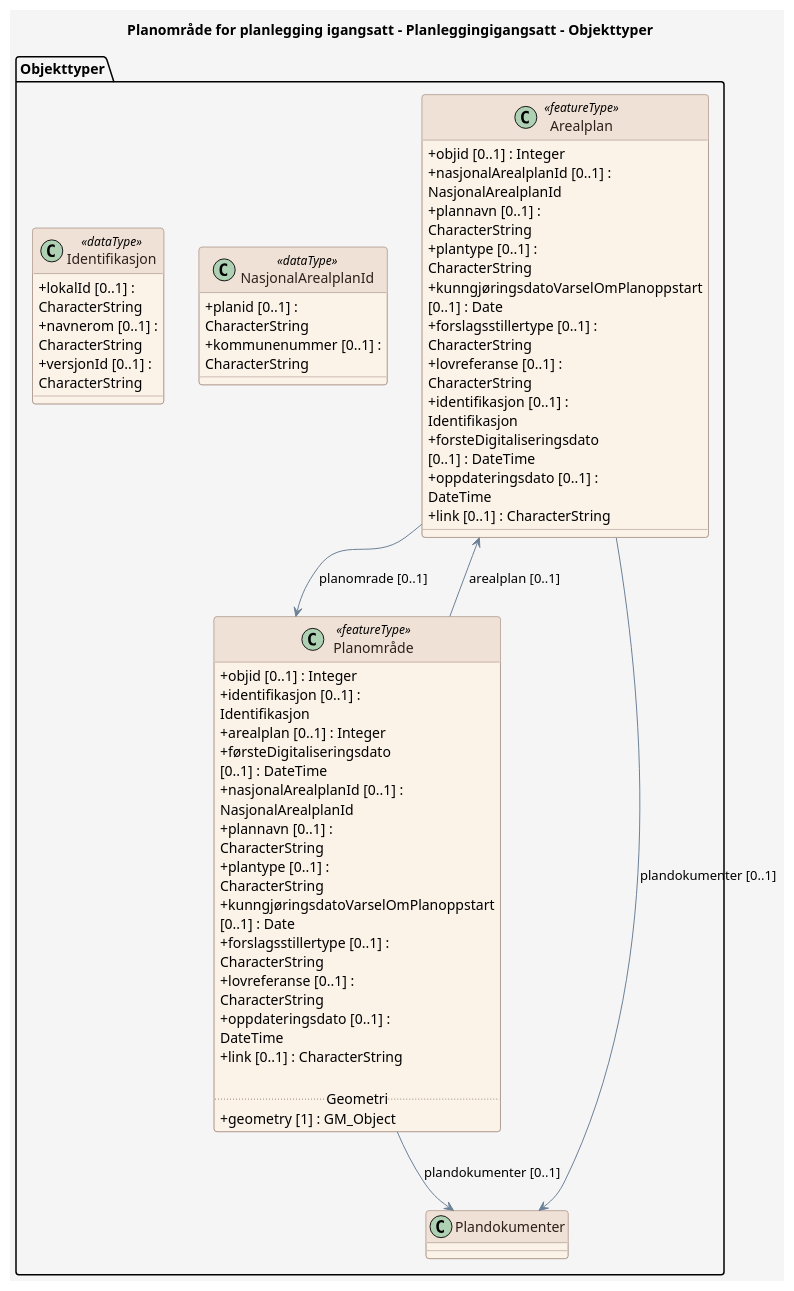
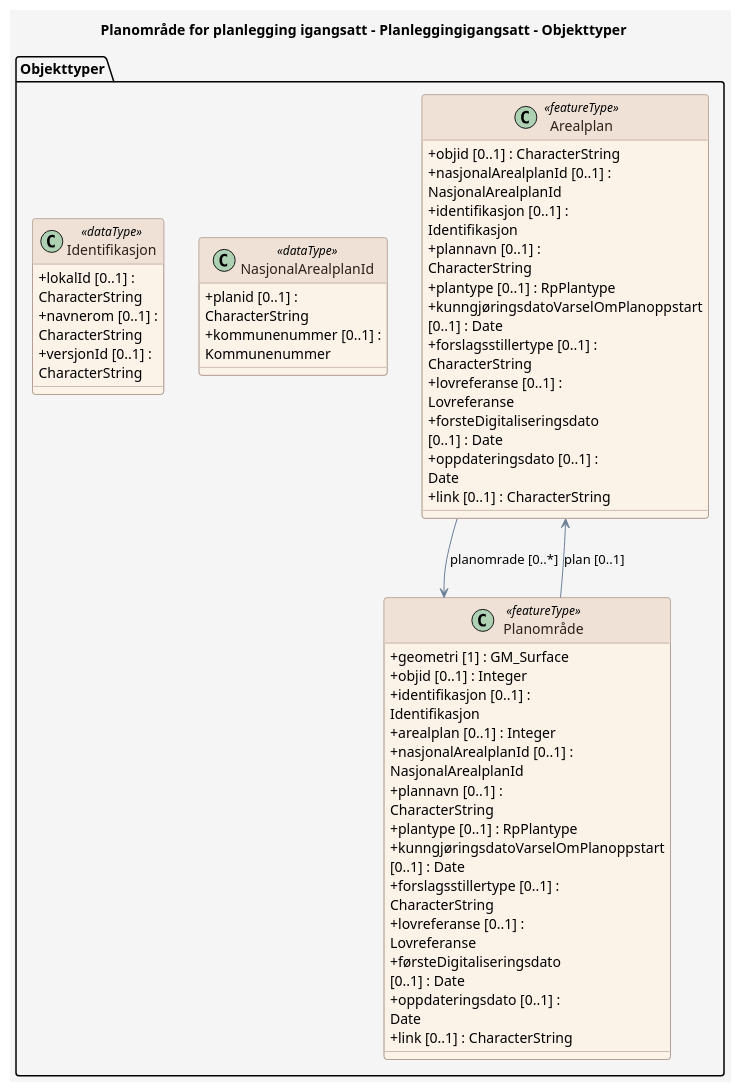
The diagram in produktspesifikasjon/planomrade-for-planlegging-igangsatt/planleggingigangsatt/planleggingigangsatt_feature_catalogue.puml (Arkitektum/produktspesifikasjon_demo), drawn with PlantUML before and after one commit. The commit also changed 21 other files, not shown here.

```diff
--- a/produktspesifikasjon/planomrade-for-planlegging-igangsatt/planleggingigangsatt/planleggingigangsatt_feature_catalogue.puml
+++ b/produktspesifikasjon/planomrade-for-planlegging-igangsatt/planleggingigangsatt/planleggingigangsatt_feature_catalogue.puml
@@ -1,85 +1,78 @@
 @startuml
 ' For wide diagrams, render with: plantuml -DPLANTUML_LIMIT_SIZE=16384 ...
 ' The 'scale max' directive below caps the rendered output to prevent the
 ' default PlantUML 4096px size limit from cropping the diagram.
 scale max 4000*4000
 
 title Planområde for planlegging igangsatt - Planleggingigangsatt - Objekttyper
 
 skinparam backgroundColor #F5F5F5
 skinparam shadowing false
 skinparam RoundCorner 6
 skinparam ArrowColor #6C8198
 skinparam wrapWidth 200
 skinparam class {
   BackgroundColor #FBF2E8
   BorderColor #9C8578
   FontColor #2D201A
   HeaderBackgroundColor #EFE1D6
   HeaderFontColor #2D201A
   AttributeIconSize 0
 }
 skinparam note {
   BackgroundColor #FFFFFF
   BorderColor #6C8198
   FontColor #2D201A
 }
 skinparam stereotypeCBackgroundColor #EAD9CE
 skinparam stereotypeCBorderColor #9C8578
 skinparam stereotypeCFontColor #2D201A
 
 package "Objekttyper" {
 
   class Arealplan <<featureType>> {
-    + objid [0..1] : Integer
+    + objid [0..1] : CharacterString
     + nasjonalArealplanId [0..1] : NasjonalArealplanId
+    + identifikasjon [0..1] : Identifikasjon
     + plannavn [0..1] : CharacterString
-    + plantype [0..1] : CharacterString
+    + plantype [0..1] : RpPlantype
     + kunngjøringsdatoVarselOmPlanoppstart [0..1] : Date
     + forslagsstillertype [0..1] : CharacterString
-    + lovreferanse [0..1] : CharacterString
-    + identifikasjon [0..1] : Identifikasjon
-    + forsteDigitaliseringsdato [0..1] : DateTime
-    + oppdateringsdato [0..1] : DateTime
+    + lovreferanse [0..1] : Lovreferanse
+    + forsteDigitaliseringsdato [0..1] : Date
+    + oppdateringsdato [0..1] : Date
     + link [0..1] : CharacterString
   }
 
   class "Planområde" as Planomr_de <<featureType>> {
+    + geometri [1] : GM_Surface
     + objid [0..1] : Integer
     + identifikasjon [0..1] : Identifikasjon
     + arealplan [0..1] : Integer
-    + førsteDigitaliseringsdato [0..1] : DateTime
     + nasjonalArealplanId [0..1] : NasjonalArealplanId
     + plannavn [0..1] : CharacterString
-    + plantype [0..1] : CharacterString
+    + plantype [0..1] : RpPlantype
     + kunngjøringsdatoVarselOmPlanoppstart [0..1] : Date
     + forslagsstillertype [0..1] : CharacterString
-    + lovreferanse [0..1] : CharacterString
-    + oppdateringsdato [0..1] : DateTime
+    + lovreferanse [0..1] : Lovreferanse
+    + førsteDigitaliseringsdato [0..1] : Date
+    + oppdateringsdato [0..1] : Date
     + link [0..1] : CharacterString
-
-    ..Geometri..
-    + geometry [1] : GM_Object
   }
 
   class NasjonalArealplanId <<dataType>> {
     + planid [0..1] : CharacterString
-    + kommunenummer [0..1] : CharacterString
+    + kommunenummer [0..1] : Kommunenummer
   }
 
   class Identifikasjon <<dataType>> {
     + lokalId [0..1] : CharacterString
     + navnerom [0..1] : CharacterString
     + versjonId [0..1] : CharacterString
   }
-
-  class Plandokumenter {
-  }
 }
 
-  Arealplan --> Planomr_de : planomrade [0..1]
-  Arealplan --> Plandokumenter : plandokumenter [0..1]
-  Planomr_de --> Arealplan : arealplan [0..1]
-  Planomr_de --> Plandokumenter : plandokumenter [0..1]
+  Arealplan --> Planomr_de : planomrade [0..*]
+  Planomr_de --> Arealplan : plan [0..1]
 
 @enduml
```
